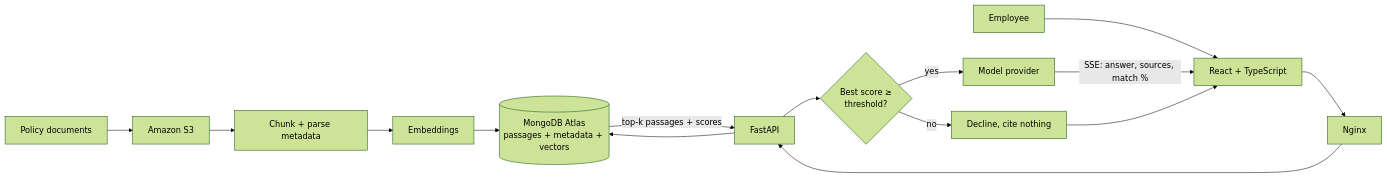
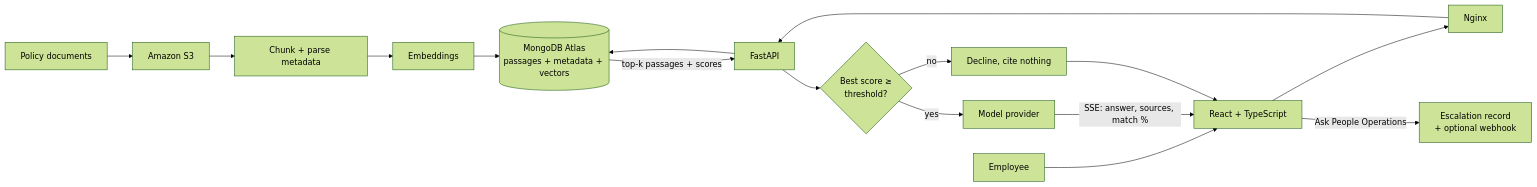
Before and after one commit to CMSC495-GROUP3/CMSC495-CAP: the diagram in README.md, drawn with Mermaid (forest theme). The commit also changed other lines of this file, not shown here.

First line of the commit message:
docs: describe escalation and the test suite in the README

````diff
--- a/README.md
+++ b/README.md
@@ -33,18 +33,19 @@
 ```mermaid
 flowchart LR
     DOCS["Policy documents"] --> S3["Amazon S3"]
     S3 --> INGEST["Chunk + parse metadata"]
     INGEST --> EMBED["Embeddings"]
     EMBED --> MONGO[("MongoDB Atlas<br/>passages + metadata + vectors")]
 
     USER["Employee"] --> REACT["React + TypeScript"]
     REACT --> NGINX["Nginx"]
     NGINX --> API["FastAPI"]
     API --> MONGO
     MONGO -->|"top-k passages + scores"| API
     API --> GATE{"Best score ≥<br/>threshold?"}
     GATE -->|"no"| REFUSE["Decline, cite nothing"]
     GATE -->|"yes"| LLM["Model provider"]
     LLM -->|"SSE: answer, sources, match %"| REACT
     REFUSE --> REACT
+    REACT -->|"Ask People Operations"| ESC["Escalation record<br/>+ optional webhook"]
 ```
````
